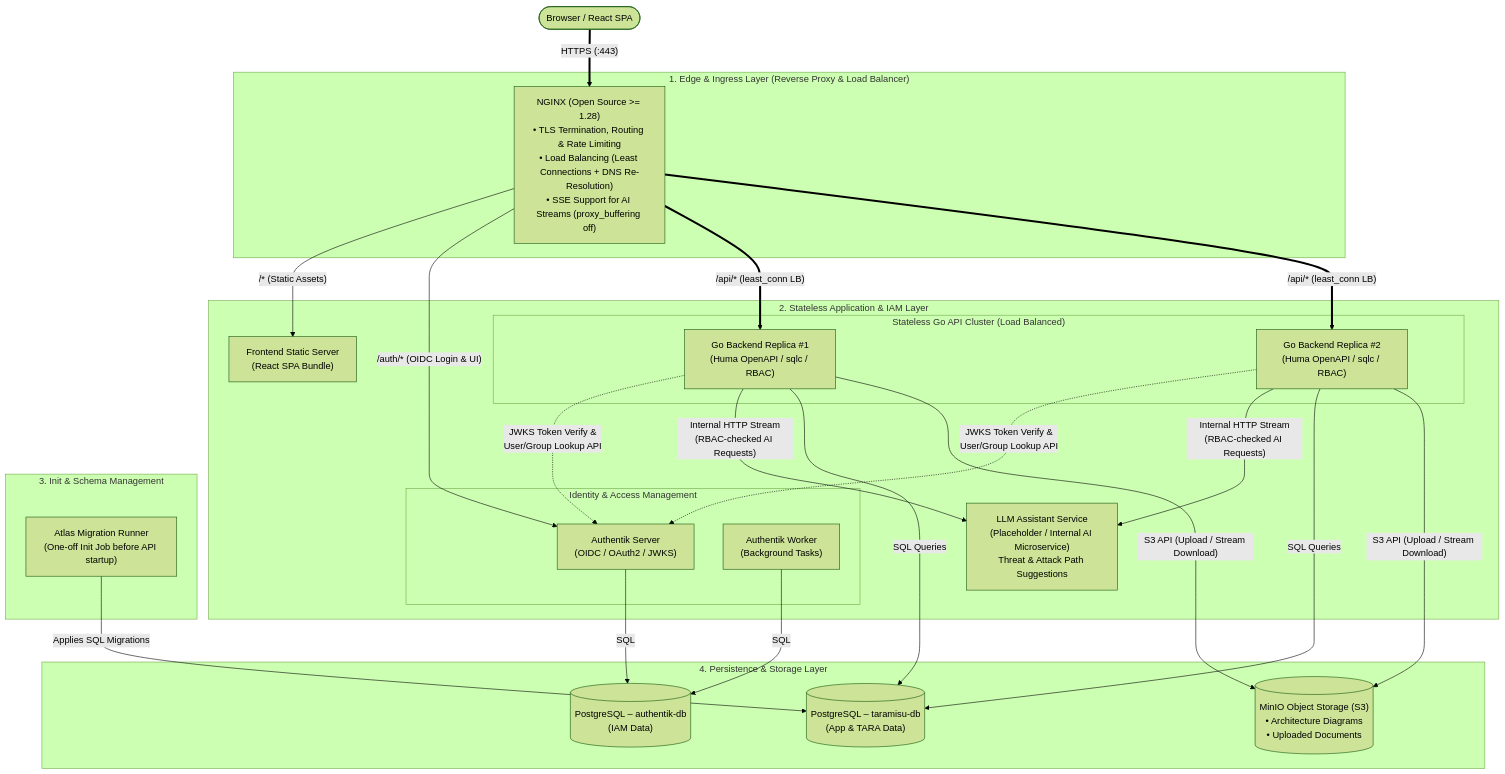
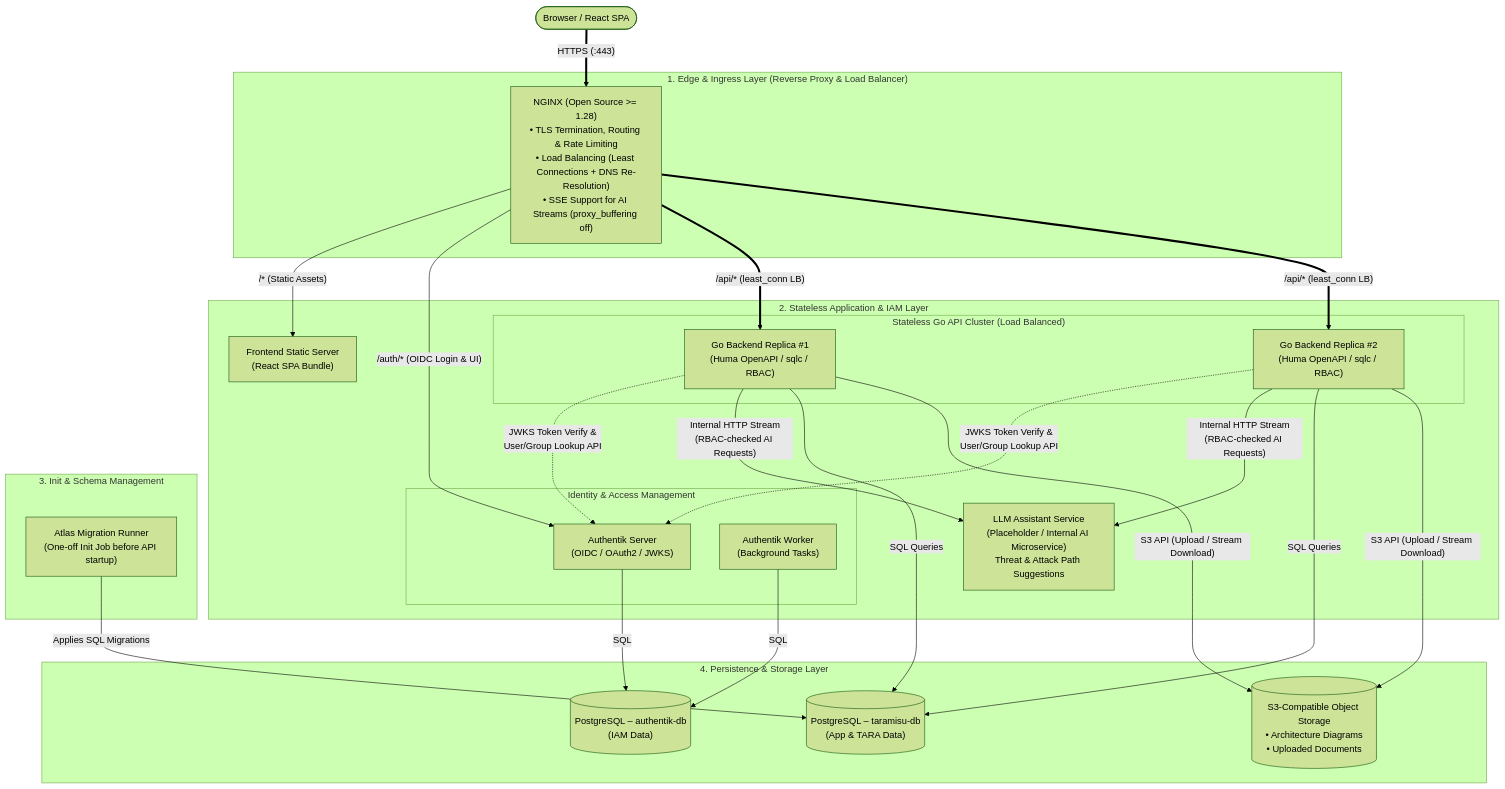
One commit to thi-taramisu/taramisu changed the first of 2 diagrams in docs/internal/architecture/architecture-overview.md. Above: the diagram before and after it, drawn with Mermaid (forest theme). The commit also changed other lines of this file, not shown here.

Commit message:
removed MinIO; more generic wording with recommendation of Garage or SeaweedFS

````diff
--- a/docs/internal/architecture/architecture-overview.md
+++ b/docs/internal/architecture/architecture-overview.md
@@ -13,71 +13,71 @@
 ```mermaid
 flowchart TB
     %% ==========================================
     %% EXTERNAL ACTORS
     %% ==========================================
     Client([Browser / React SPA])
 
     %% ==========================================
     %% EDGE / INGRESS LAYER
     %% ==========================================
     subgraph Edge_Layer ["1. Edge & Ingress Layer (Reverse Proxy & Load Balancer)"]
         NGINX["NGINX (Open Source >= 1.28)<br/>• TLS Termination, Routing & Rate Limiting<br/>• Load Balancing (Least Connections + DNS Re-Resolution)<br/>• SSE Support for AI Streams (proxy_buffering off)"]
     end
 
     %% ==========================================
     %% APPLICATION & IAM LAYER
     %% ==========================================
     subgraph App_Layer ["2. Stateless Application & IAM Layer"]
         FE["Frontend Static Server<br/>(React SPA Bundle)"]
 
         subgraph IAM_Stack ["Identity & Access Management"]
             AuthServer["Authentik Server<br/>(OIDC / OAuth2 / JWKS)"]
             AuthWorker["Authentik Worker<br/>(Background Tasks)"]
         end
 
         subgraph Backend_Cluster ["Stateless Go API Cluster (Load Balanced)"]
             API1["Go Backend Replica #1<br/>(Huma OpenAPI / sqlc / RBAC)"]
             API2["Go Backend Replica #2<br/>(Huma OpenAPI / sqlc / RBAC)"]
         end
 
         LLM["LLM Assistant Service<br/>(Placeholder / Internal AI Microservice)<br/>Threat & Attack Path Suggestions"]
     end
 
     %% ==========================================
     %% INIT / MIGRATION JOBS
     %% ==========================================
     subgraph Init_Layer ["3. Init & Schema Management"]
         Atlas["Atlas Migration Runner<br/>(One-off Init Job before API startup)"]
     end
 
     %% ==========================================
     %% DATA & STATE LAYER
     %% ==========================================
     subgraph Data_Layer ["4. Persistence & Storage Layer"]
         AppDB[("PostgreSQL – taramisu-db<br/>(App & TARA Data)")]
         IAMDB[("PostgreSQL – authentik-db<br/>(IAM Data)")]
-        MinIO[("MinIO Object Storage (S3)<br/>• Architecture Diagrams<br/>• Uploaded Documents")]
+        ObjStore[("S3-Compatible Object Storage<br/>• Architecture Diagrams<br/>• Uploaded Documents")]
     end
 
     %% ==========================================
     %% CONNECTIONS & TRAFFIC FLOW
     %% ==========================================
     Client ==>|"HTTPS (:443)"| NGINX
 
     %% Edge Routing
     NGINX -->|"/* (Static Assets)"| FE
     NGINX -->|"/auth/* (OIDC Login & UI)"| AuthServer
     NGINX ==>|"/api/* (least_conn LB)"| API1
     NGINX ==>|"/api/* (least_conn LB)"| API2
 
     %% Internal Service Communication
     API1 & API2 -.->|"JWKS Token Verify &<br/>User/Group Lookup API"| AuthServer
     API1 & API2 -->|"Internal HTTP Stream<br/>(RBAC-checked AI Requests)"| LLM
 
     %% Database & Storage Connections
     Atlas -->|"Applies SQL Migrations"| AppDB
     AuthServer & AuthWorker -->|"SQL"| IAMDB
 
     API1 & API2 -->|"SQL Queries"| AppDB
-    API1 & API2 -->|"S3 API (Upload / Stream Download)"| MinIO
+    API1 & API2 -->|"S3 API (Upload / Stream Download)"| ObjStore
 ```
````
